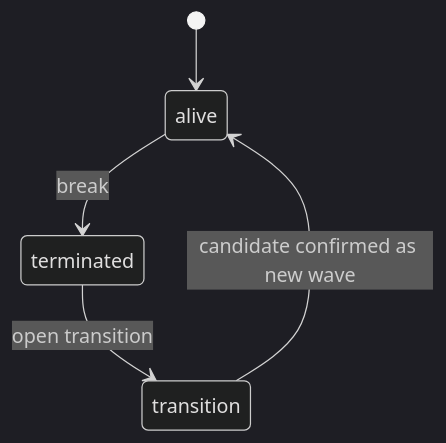
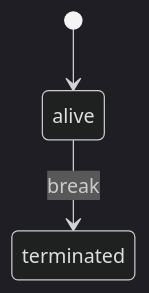
The second of 3 diagrams in docs/02-modules/malf/00-authority-design-v1.md (everything-is-simple/Asteria), drawn with Mermaid (dark theme) before and after one commit. The commit also changed other lines of this file and 2 other files, not shown here.

````diff
--- a/docs/02-modules/malf/00-authority-design-v1.md
+++ b/docs/02-modules/malf/00-authority-design-v1.md
@@ -93,7 +97,5 @@
 ```mermaid
 stateDiagram-v2
     [*] --> alive
     alive --> terminated: break
-    terminated --> transition: open transition
-    transition --> alive: candidate confirmed as new wave
 ```
````
